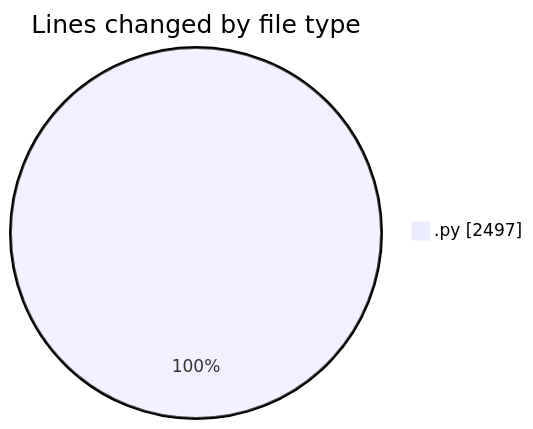
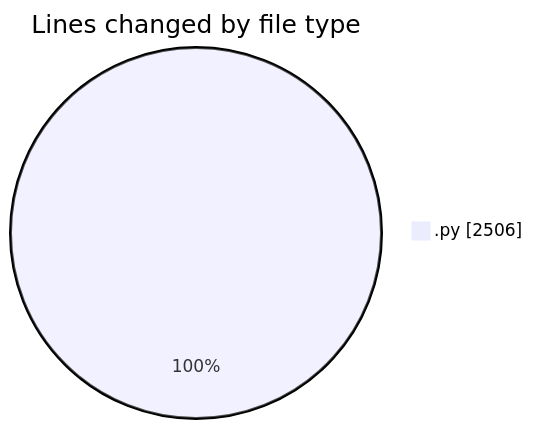
One commit to Ritupan-Deka/code-tracking changed the first of 2 diagrams in 2026-01-11/dsa/README.md. Above: the diagram before and after it, drawn with Mermaid. The commit also changed other lines of this file and 1 other file, not shown here.

````diff
--- a/2026-01-11/dsa/README.md
+++ b/2026-01-11/dsa/README.md
@@ -21,5 +21,5 @@
 ```mermaid
 pie showData
 title Lines changed by file type
-".py" : 2497
+".py" : 2506
 ```
````
